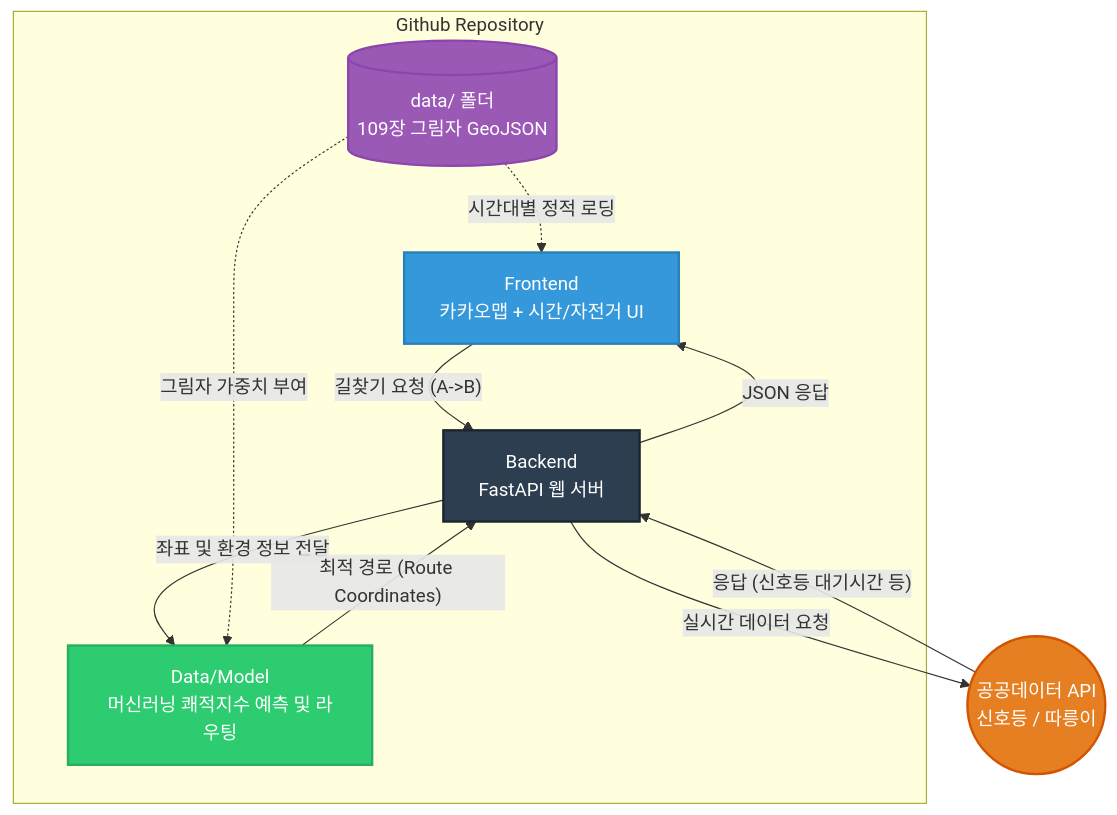
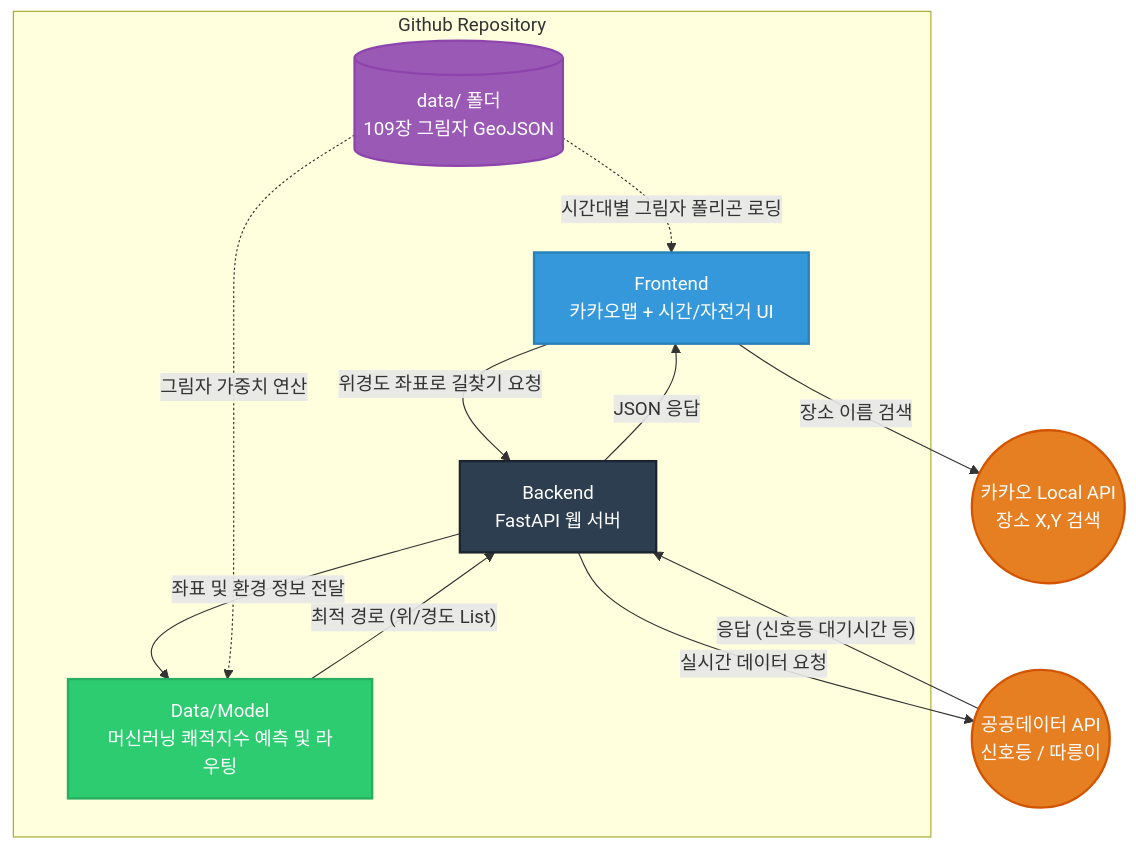
The diagram in README.md (msjoon0811/shadow-nav), drawn with Mermaid before and after one commit. The commit also changed other lines of this file, not shown here.

````diff
--- a/README.md
+++ b/README.md
@@ -21,29 +43,30 @@
 ```mermaid
 graph TD
-    %% Styling
     classDef frontend fill:#3498db,stroke:#2980b9,stroke-width:2px,color:#fff;
     classDef precalc fill:#9b59b6,stroke:#8e44ad,stroke-width:2px,color:#fff;
     classDef api fill:#e67e22,stroke:#d35400,stroke-width:2px,color:#fff;
     classDef backend fill:#2c3e50,stroke:#1a252f,stroke-width:2px,color:#fff;
     classDef model fill:#2ecc71,stroke:#27ae60,stroke-width:2px,color:#fff;
 
     subgraph Github Repository
         UI[Frontend<br>카카오맵 + 시간/자전거 UI]:::frontend
         API_SERVER[Backend<br>FastAPI 웹 서버]:::backend
         MODEL[Data/Model<br>머신러닝 쾌적지수 예측 및 라우팅]:::model
         DB[(data/ 폴더<br>109장 그림자 GeoJSON)]:::precalc
     end
 
     PUB_API((공공데이터 API<br>신호등 / 따릉이)):::api
+    KAKAO_API((카카오 Local API<br>장소 X,Y 검색)):::api
 
-    UI -- "길찾기 요청 (A->B)" --> API_SERVER
+    UI -- "장소 이름 검색" --> KAKAO_API
+    UI -- "위경도 좌표로 길찾기 요청" --> API_SERVER
     API_SERVER -- "실시간 데이터 요청" --> PUB_API
     PUB_API -- "응답 (신호등 대기시간 등)" --> API_SERVER
     
     API_SERVER -- "좌표 및 환경 정보 전달" --> MODEL
-    DB -. "그림자 가중치 부여" .-> MODEL
-    MODEL -- "최적 경로 (Route Coordinates)" --> API_SERVER
+    DB -. "그림자 가중치 연산" .-> MODEL
+    MODEL -- "최적 경로 (위/경도 List)" --> API_SERVER
     
     API_SERVER -- "JSON 응답" --> UI
-    DB -. "시간대별 정적 로딩" .-> UI
+    DB -. "시간대별 그림자 폴리곤 로딩" .-> UI
 ```
````
